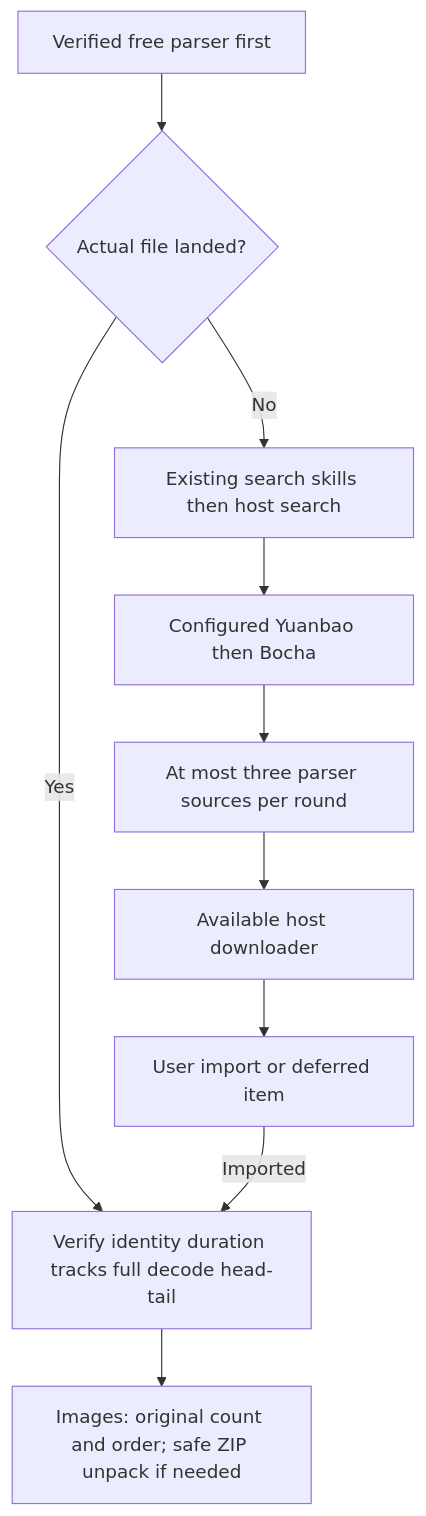
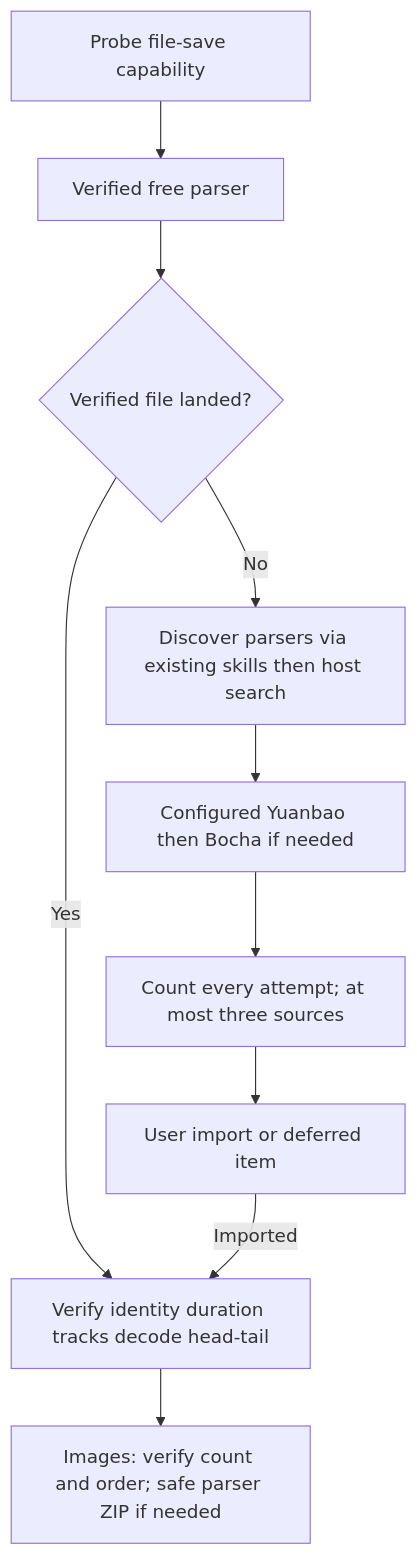
One commit to HNNUYUXUAN/douyin-agent changed the third of 5 diagrams in README.en.md. Above: the diagram before and after it, drawn with Mermaid. The commit also changed other lines of this file and 147 other files, not shown here.

````diff
--- a/README.en.md
+++ b/README.en.md
@@ -59,12 +62,12 @@
 ```mermaid
 flowchart TD
-A["Verified free parser first"] --> B{"Actual file landed?"}
-B -->|No| C["Existing search skills then host search"]
-C --> D["Configured Yuanbao then Bocha"]
-D --> E["At most three parser sources per round"]
-E --> F["Available host downloader"]
+A["Probe file-save capability"] --> B["Verified free parser"]
+B --> C{"Verified file landed?"}
+C -->|No| D["Discover parsers via existing skills then host search"]
+D --> E["Configured Yuanbao then Bocha if needed"]
+E --> F["Count every attempt; at most three sources"]
 F --> G["User import or deferred item"]
-B -->|Yes| H["Verify identity duration tracks full decode head-tail"]
+C -->|Yes| H["Verify identity duration tracks decode head-tail"]
 G -->|Imported| H
-H --> I["Images: original count and order; safe ZIP unpack if needed"]
+H --> I["Images: verify count and order; safe parser ZIP if needed"]
 ```
````
